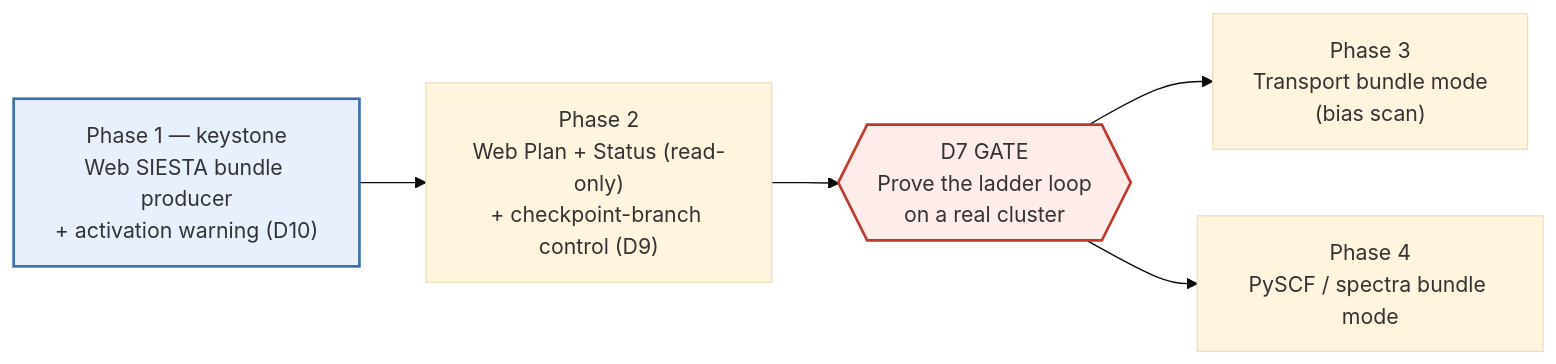
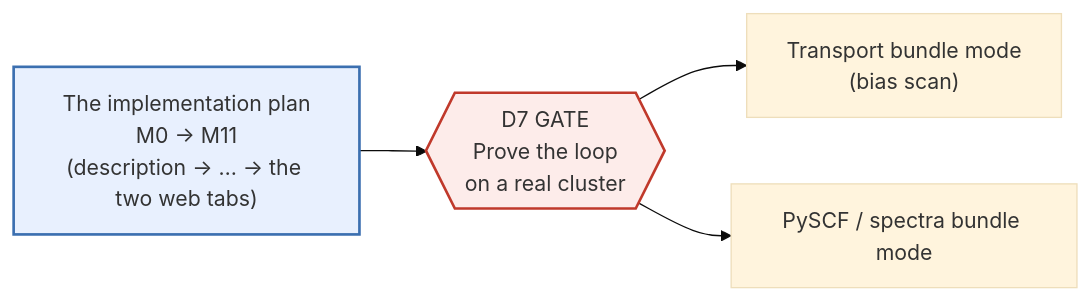
Before and after one commit to Qing-LAB/molbuilder: the second of 2 diagrams in docs/roadmap.md, drawn with Mermaid (base theme). The commit also changed other lines of this file and 12 other files, not shown here.

````diff
--- a/docs/roadmap.md
+++ b/docs/roadmap.md
@@ -117,15 +123,14 @@
 ```mermaid
 flowchart LR
-    P1["Phase 1 — keystone<br/>Web SIESTA bundle producer<br/>+ activation warning (D10)"]:::keystone
-    P2["Phase 2<br/>Web Plan + Status (read-only)<br/>+ checkpoint-branch control (D9)"]
-    GATE{{"D7 GATE<br/>Prove the ladder loop<br/>on a real cluster"}}:::gate
-    P3["Phase 3<br/>Transport bundle mode<br/>(bias scan)"]
-    P4["Phase 4<br/>PySCF / spectra bundle mode"]
+    IMP["The implementation plan<br/>M0 → M11<br/>(description → … → the two web tabs)"]:::keystone
+    GATE{{"D7 GATE<br/>Prove the loop<br/>on a real cluster"}}:::gate
+    P3["Transport bundle mode<br/>(bias scan)"]
+    P4["PySCF / spectra bundle mode"]
 
-    P1 --> P2 --> GATE
+    IMP --> GATE
     GATE --> P3
     GATE --> P4
 
     classDef keystone fill:#e8f0fe,stroke:#3b6fb0,stroke-width:2px;
     classDef gate fill:#fdecea,stroke:#c0392b,stroke-width:2px;
 ```
````
